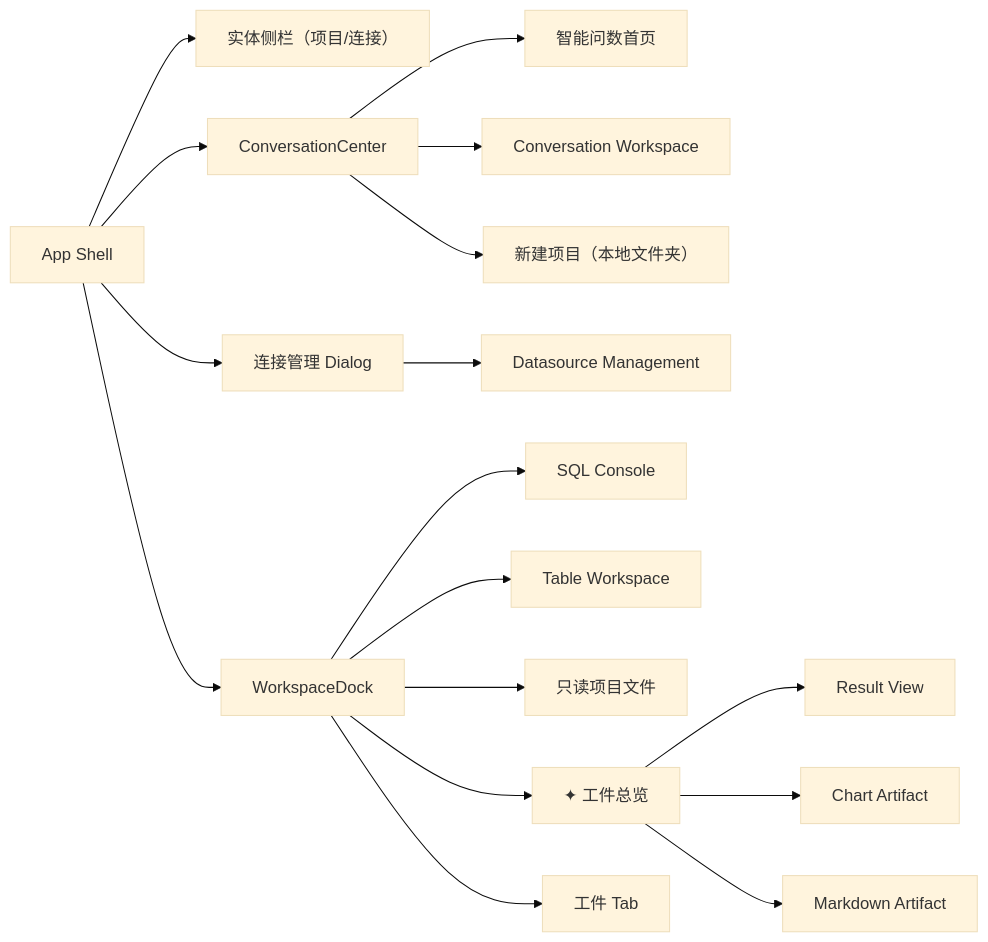
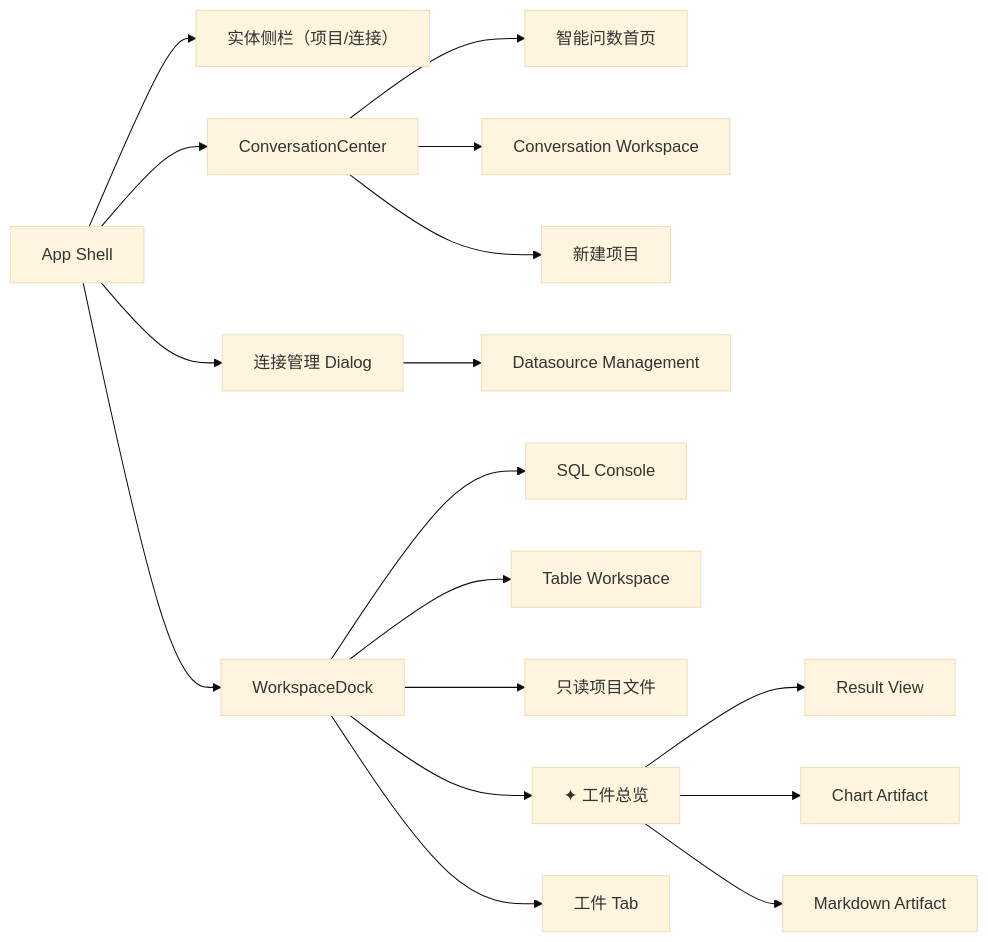
The second of 5 diagrams in docs/architecture/frontend.md (trrueee/DBFox), drawn with Mermaid (base theme) before and after one commit. The commit also changed other lines of this file and 413 other files, not shown here.

````diff
--- a/docs/architecture/frontend.md
+++ b/docs/architecture/frontend.md
@@ -82,23 +82,23 @@
 ```mermaid
 flowchart LR
   APP["App Shell"] --> TREE["实体侧栏（项目/连接）"]
   APP --> CENTER["ConversationCenter"]
   APP --> DOCK["WorkspaceDock"]
   APP --> MODAL["连接管理 Dialog"]
 
   CENTER --> HOME["智能问数首页"]
   CENTER --> CONV["Conversation Workspace"]
-  CENTER --> PROJECT["新建项目（本地文件夹）"]
+  CENTER --> PROJECT["新建项目"]
 
   MODAL --> DS["Datasource Management"]
 
   DOCK --> SQL["SQL Console"]
   DOCK --> TABLE["Table Workspace"]
   DOCK --> FILE["只读项目文件"]
   DOCK --> ARTIFACTS["✦ 工件总览"]
   DOCK --> ARTIFACT["工件 Tab"]
 
   ARTIFACTS --> RESULT["Result View"]
   ARTIFACTS --> CHART["Chart Artifact"]
   ARTIFACTS --> NOTE["Markdown Artifact"]
 ```
````
